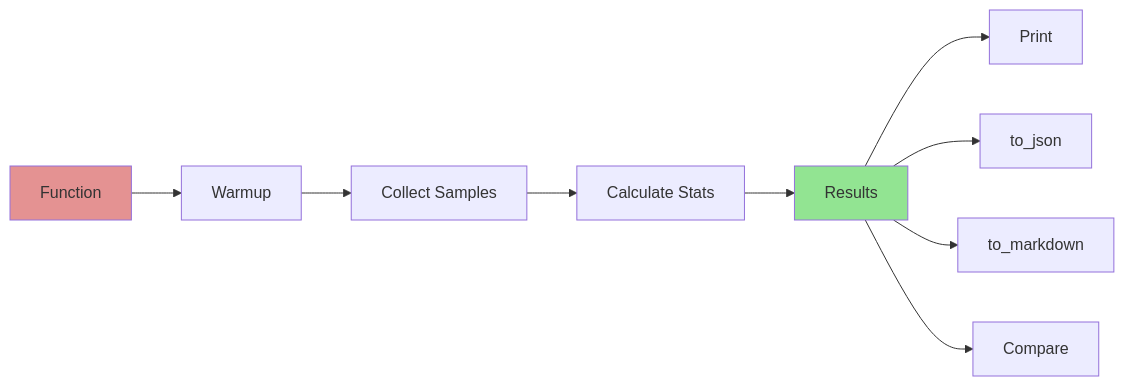
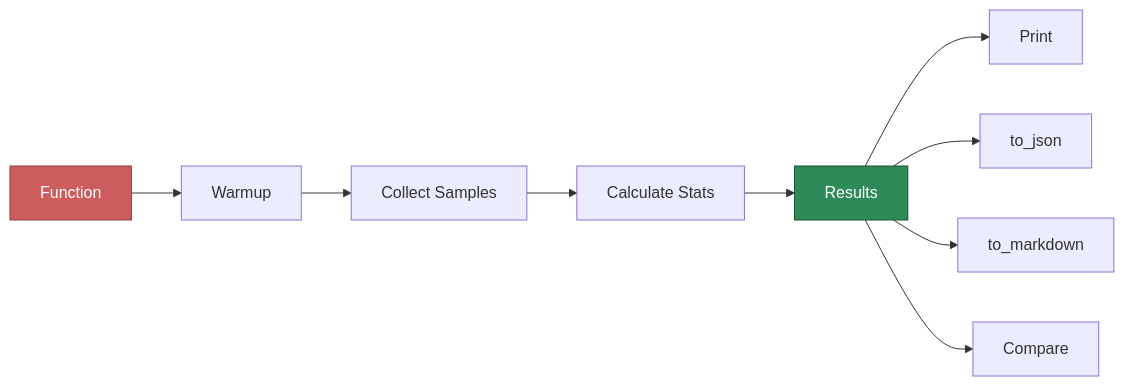
The fourth of 5 diagrams in README.md (gabrielmaialva33/viva_telemetry), drawn with Mermaid before and after one commit. The commit also changed other lines of this file, not shown here.

First line of the commit message:
style: WCAG accessible colors in Mermaid diagrams

````diff
--- a/README.md
+++ b/README.md
@@ -227,15 +227,15 @@
 ```mermaid
 flowchart LR
     A[Function] --> B[Warmup]
     B --> C[Collect Samples]
     C --> D[Calculate Stats]
     D --> E[Results]
 
     E --> F[Print]
     E --> G[to_json]
     E --> H[to_markdown]
     E --> I[Compare]
 
-    style A fill:#e49292
-    style E fill:#92e492
+    style A fill:#CD5C5C,stroke:#8b3d3d,color:#fff
+    style E fill:#2E8B57,stroke:#1a5235,color:#fff
 ```
````
